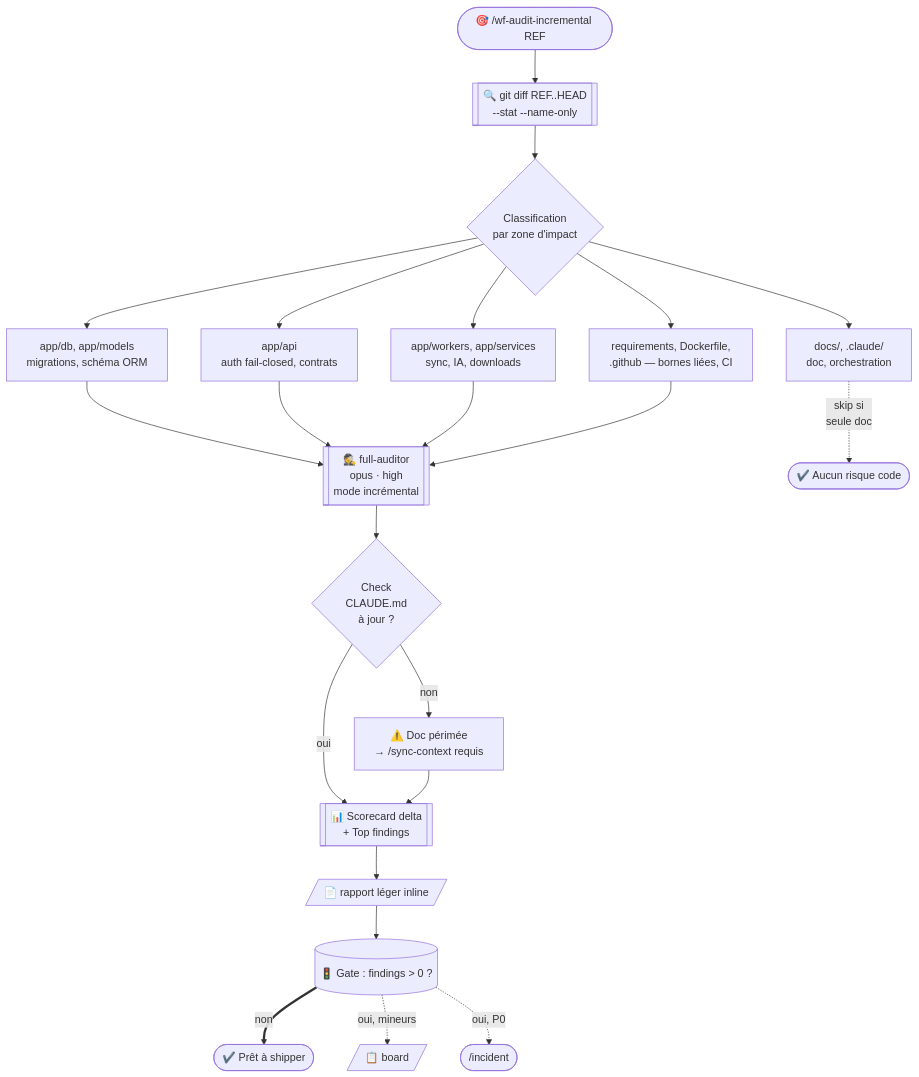
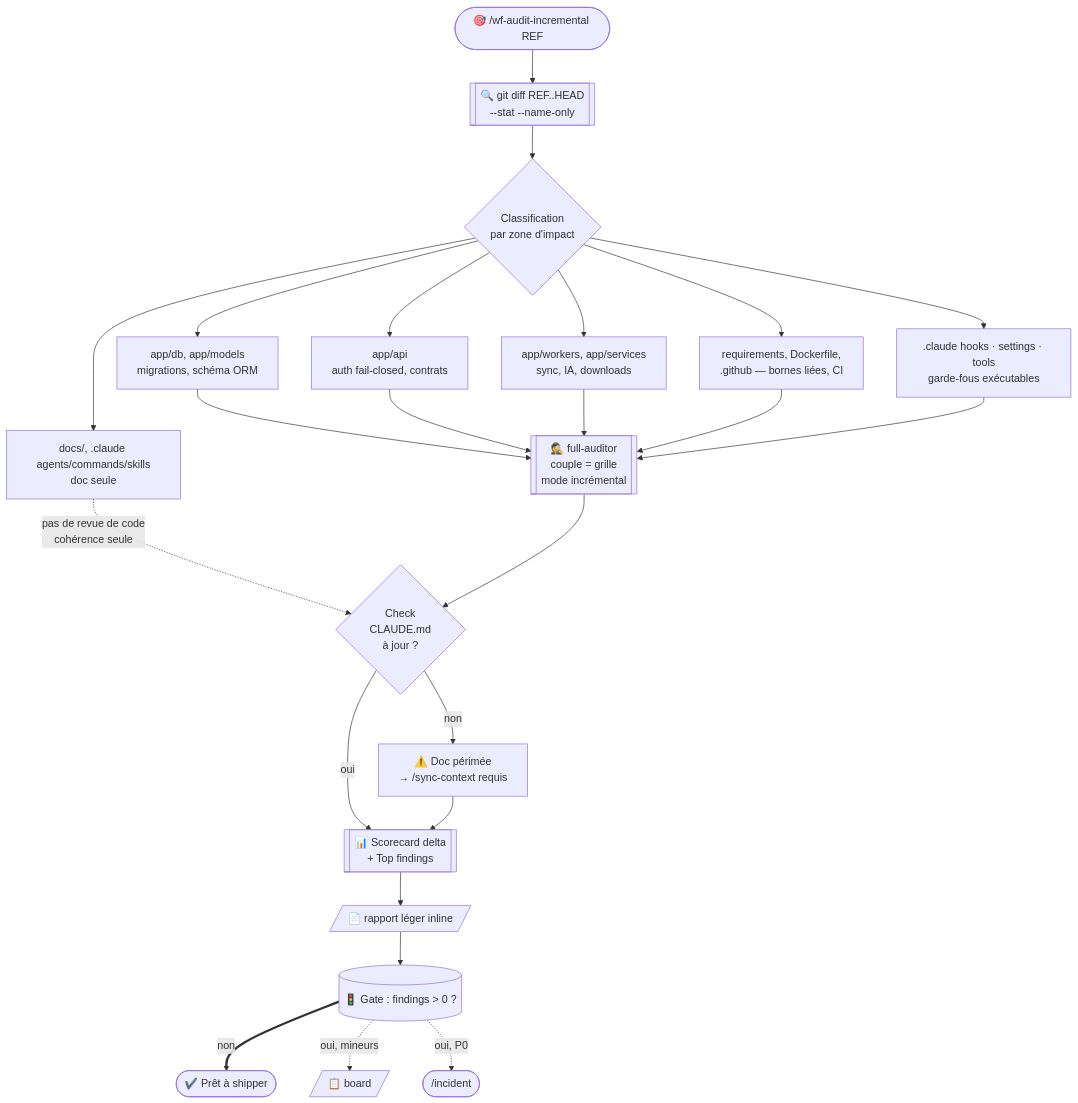
One commit to ChakirHamzaChahid/Plexhub-Backend changed the third of 10 diagrams in .claude/WORKFLOWS-DIAGRAMS.md. Above: the diagram before and after it, drawn with Mermaid. The commit also changed other lines of this file and 33 other files, not shown here.

````diff
--- a/.claude/WORKFLOWS-DIAGRAMS.md
+++ b/.claude/WORKFLOWS-DIAGRAMS.md
@@ -59,21 +61,22 @@
 ```mermaid
 flowchart TD
   T([🎯 /wf-audit-incremental REF]) --> GD[[🔍 git diff REF..HEAD<br/>--stat --name-only]]
   GD --> CL{Classification<br/>par zone d'impact}
   CL --> Z1[app/db, app/models<br/>migrations, schéma ORM]
   CL --> Z2[app/api<br/>auth fail-closed, contrats]
   CL --> Z3[app/workers, app/services<br/>sync, IA, downloads]
   CL --> Z4[requirements, Dockerfile,<br/>.github — bornes liées, CI]
-  CL --> Z5[docs/, .claude/<br/>doc, orchestration]
-  Z1 & Z2 & Z3 & Z4 --> FA[[🕵️ full-auditor<br/>opus · high<br/>mode incrémental]]
-  Z5 -.->|skip si<br/>seule doc| SKIP([✔️ Aucun risque code])
+  CL --> Z5[docs/, .claude agents/commands/skills<br/>doc seule]
+  CL --> Z6[.claude hooks · settings · tools<br/>garde-fous exécutables]
+  Z1 & Z2 & Z3 & Z4 & Z6 --> FA[[🕵️ full-auditor<br/>couple = grille<br/>mode incrémental]]
+  Z5 -.->|pas de revue de code<br/>cohérence seule| CROSS
   FA --> CROSS{Check<br/>CLAUDE.md<br/>à jour ?}
   CROSS -->|non| WARN[⚠️ Doc périmée<br/>→ /sync-context requis]
   CROSS -->|oui| SC[[📊 Scorecard delta<br/>+ Top findings]]
   WARN --> SC
   SC --> RPT[/📄 rapport léger inline/]
   RPT --> GATE[(🚦 Gate : findings > 0 ?)]
   GATE ==>|non| RELEASE([✔️ Prêt à shipper])
   GATE -.->|oui, mineurs| BOARD[/📋 board/]
   GATE -.->|oui, P0| INCIDENT([/incident])
 ```
````
